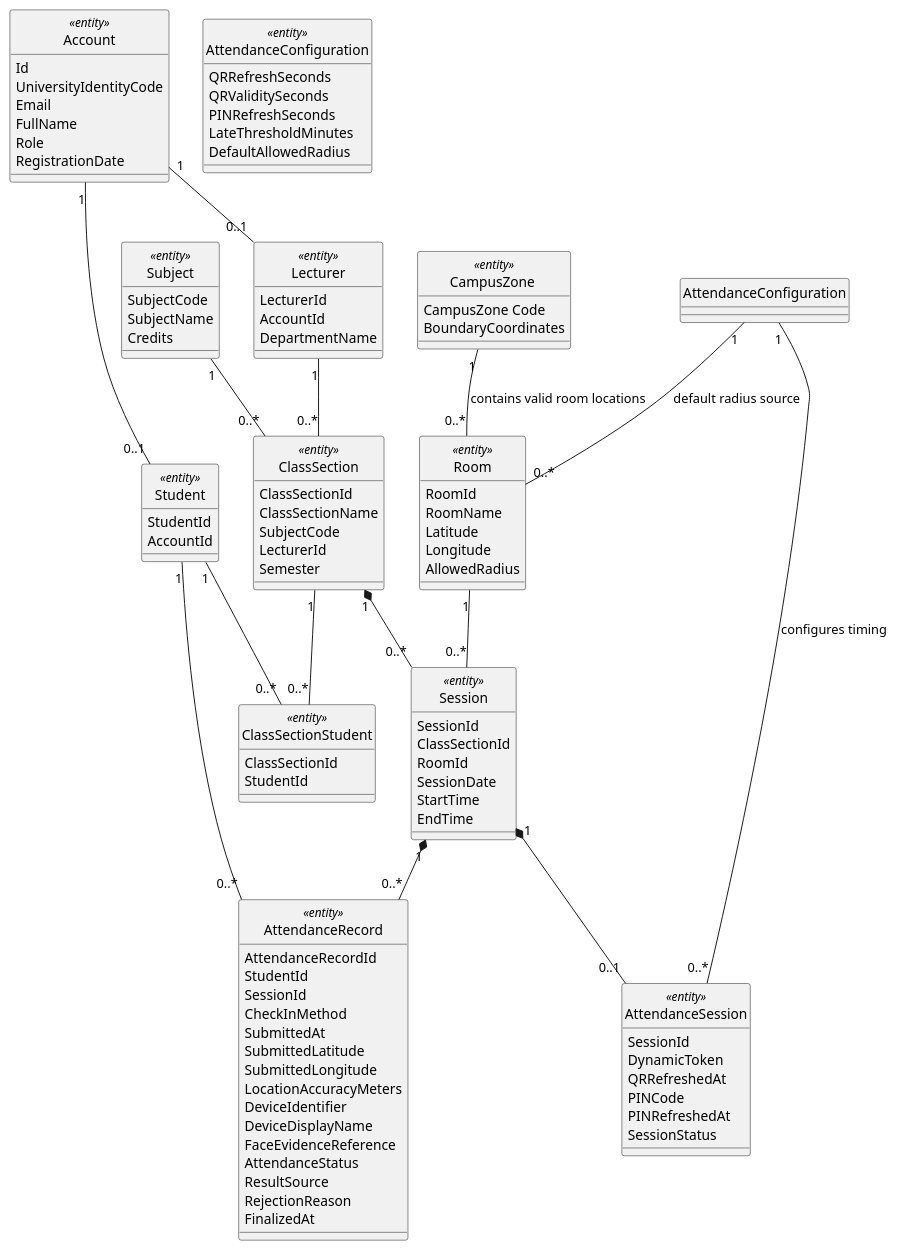
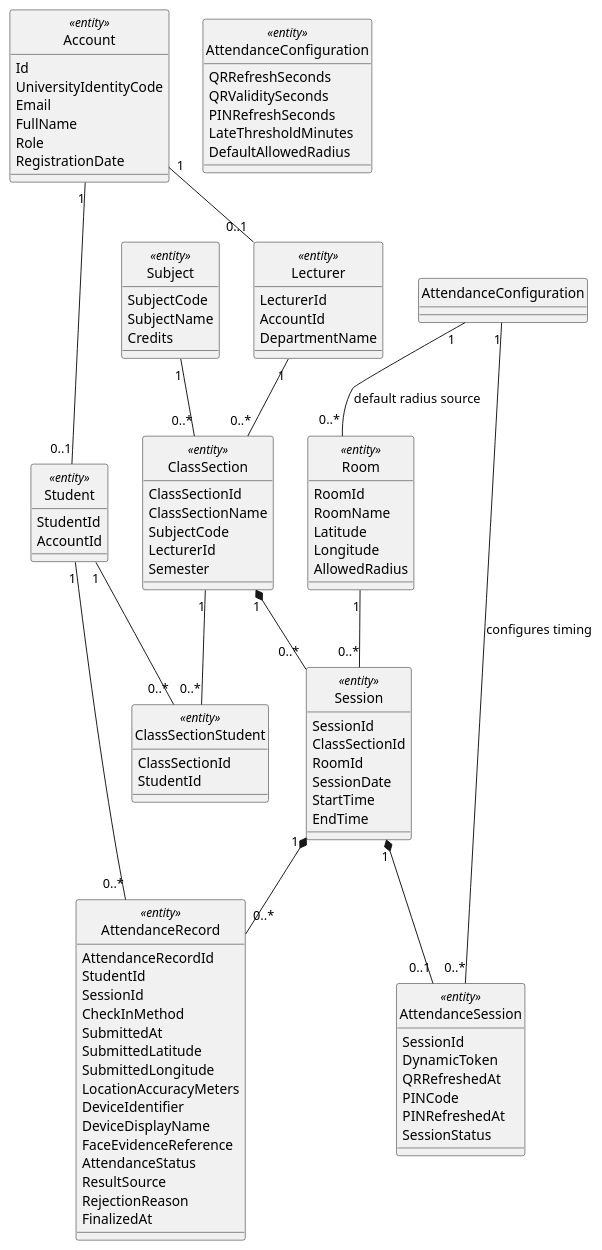
One commit to nttung42/SWD392 changed the first of 28 diagrams in docs/rds/2_Analysis.md. Above: the diagram before and after it, drawn with PlantUML. The commit also changed other lines of this file and 3 other files, not shown here.

Commit message:
remove campus zone

```diff
--- a/docs/rds/2_Analysis.md
+++ b/docs/rds/2_Analysis.md
@@ -43,11 +43,6 @@
   Latitude
   Longitude
   AllowedRadius
-}
-
-class "CampusZone " as CampusZone  <<entity>> {
-  CampusZone Code
-  BoundaryCoordinates
 }
 
 class "Subject" as Subject <<entity>> {
@@ -115,7 +110,6 @@
 
 Account "1" -- "0..1" Student
 Account "1" -- "0..1" Lecturer
-CampusZone  "1" -- "0..*" Room : contains valid room locations
 Lecturer "1" -- "0..*" ClassSection
 Subject "1" -- "0..*" ClassSection
 ClassSection "1" -- "0..*" ClassSectionStudent
```
